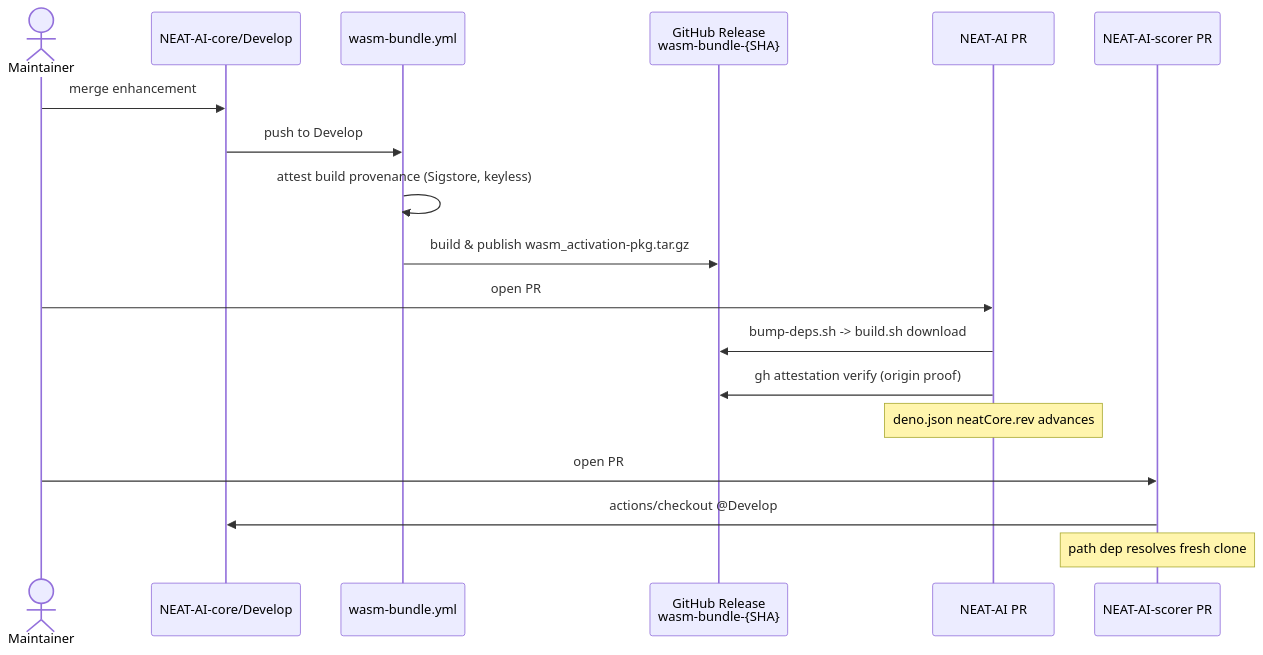
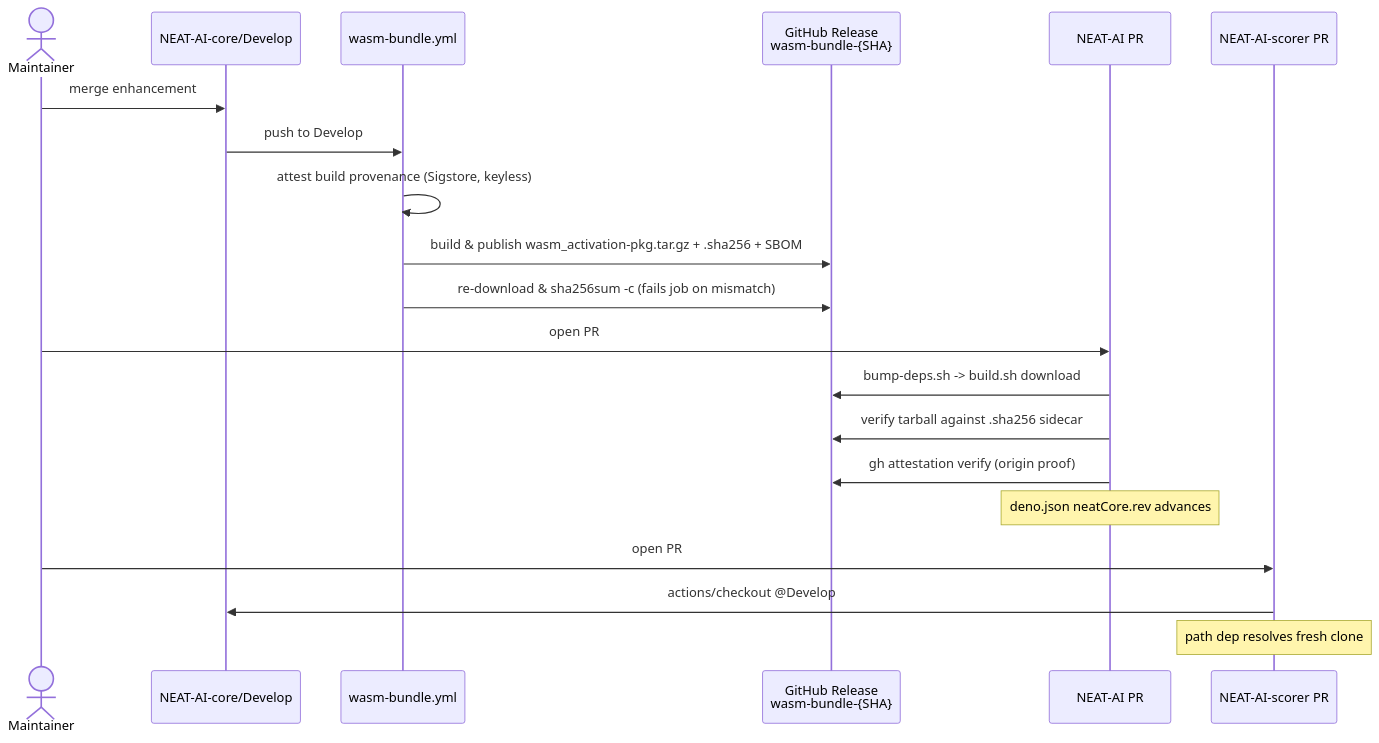
One commit to stSoftwareAU/NEAT-AI-core changed the third of 4 diagrams in README.md. Above: the diagram before and after it, drawn with Mermaid. The commit also changed other lines of this file and 3 other files, not shown here.

First line of the commit message:
Publish wasm_activation-pkg.tar.gz.sha256 sidecar on every bundle Release (Issue #438)

````diff
--- a/README.md
+++ b/README.md
@@ -252,21 +258,23 @@
 ```mermaid
 sequenceDiagram
     actor Dev as Maintainer
     participant Core as NEAT-AI-core/Develop
     participant CI as wasm-bundle.yml
     participant Rel as GitHub Release<br/>wasm-bundle-{SHA}
     participant Main as NEAT-AI PR
     participant Scorer as NEAT-AI-scorer PR
 
     Dev->>Core: merge enhancement
     Core->>CI: push to Develop
     CI->>CI: attest build provenance (Sigstore, keyless)
-    CI->>Rel: build & publish wasm_activation-pkg.tar.gz
+    CI->>Rel: build & publish wasm_activation-pkg.tar.gz + .sha256 + SBOM
+    CI->>Rel: re-download & sha256sum -c (fails job on mismatch)
     Dev->>Main: open PR
     Main->>Rel: bump-deps.sh -> build.sh download
+    Main->>Rel: verify tarball against .sha256 sidecar
     Main->>Rel: gh attestation verify (origin proof)
     Note over Main: deno.json neatCore.rev advances
     Dev->>Scorer: open PR
     Scorer->>Core: actions/checkout @Develop
     Note over Scorer: path dep resolves fresh clone
 ```
````
